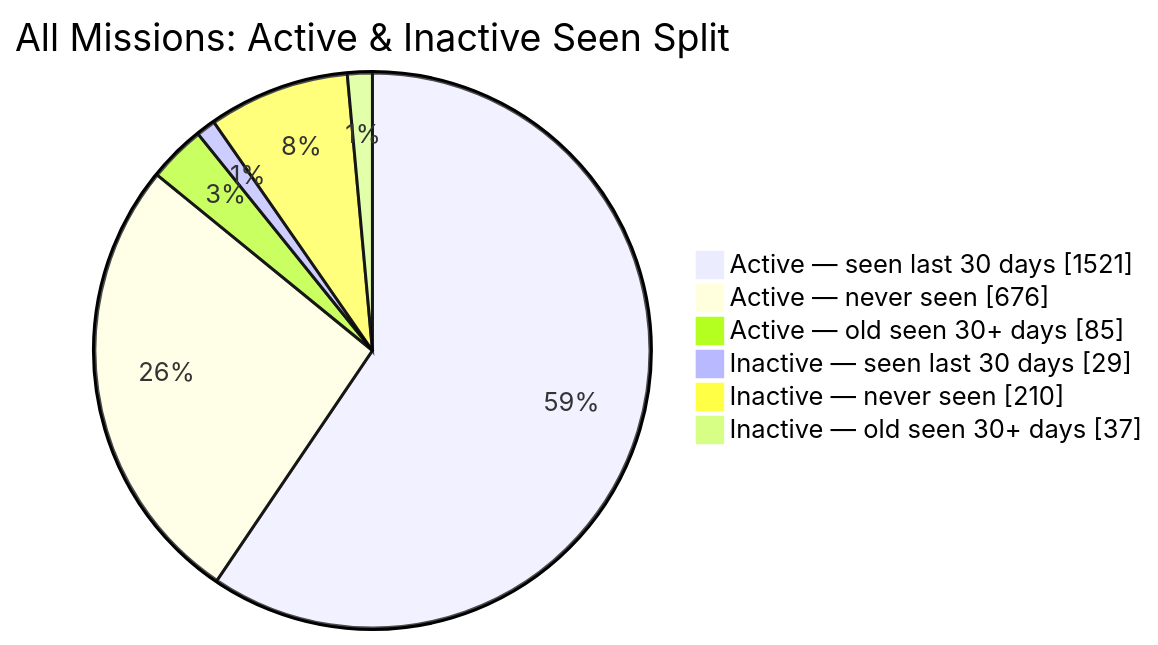
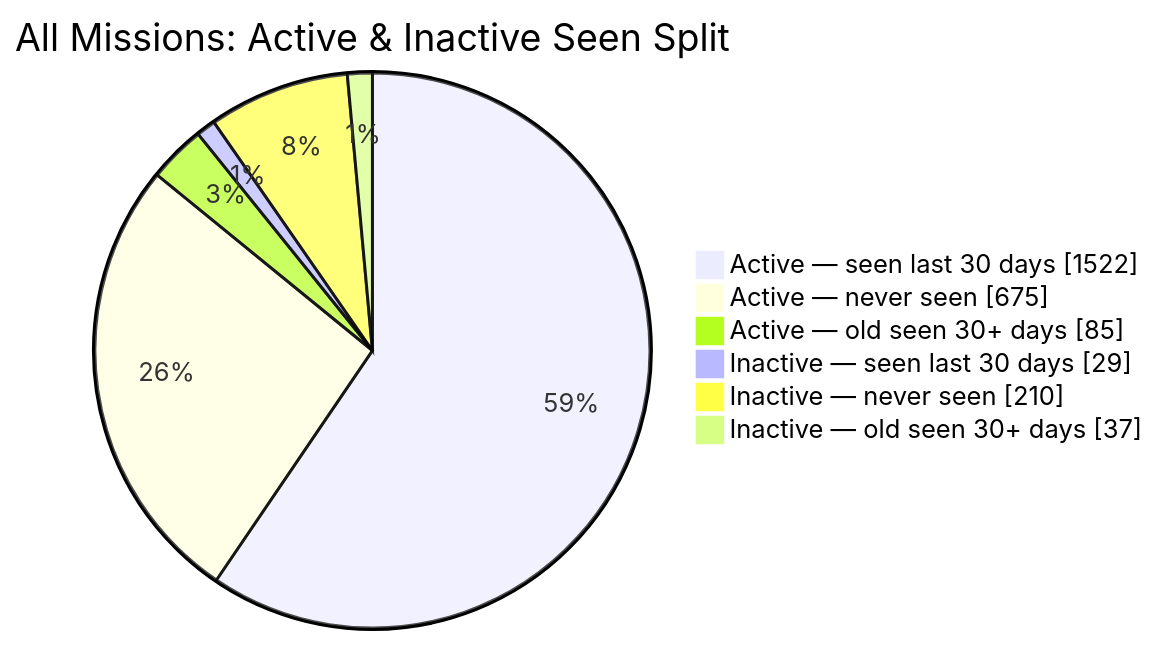
The second of 2 diagrams in README.md (MeldkamerspelGameTeam/active-missions), drawn with Mermaid before and after one commit. The commit also changed other lines of this file and 2 other files, not shown here.

````diff
--- a/README.md
+++ b/README.md
@@ -44,10 +44,10 @@
 ```mermaid
 pie showData
     title All Missions: Active & Inactive Seen Split
-    "Active — seen last 30 days" : 1521
-    "Active — never seen" : 676
+    "Active — seen last 30 days" : 1522
+    "Active — never seen" : 675
     "Active — old seen 30+ days" : 85
     "Inactive — seen last 30 days" : 29
     "Inactive — never seen" : 210
     "Inactive — old seen 30+ days" : 37
 ```
````
